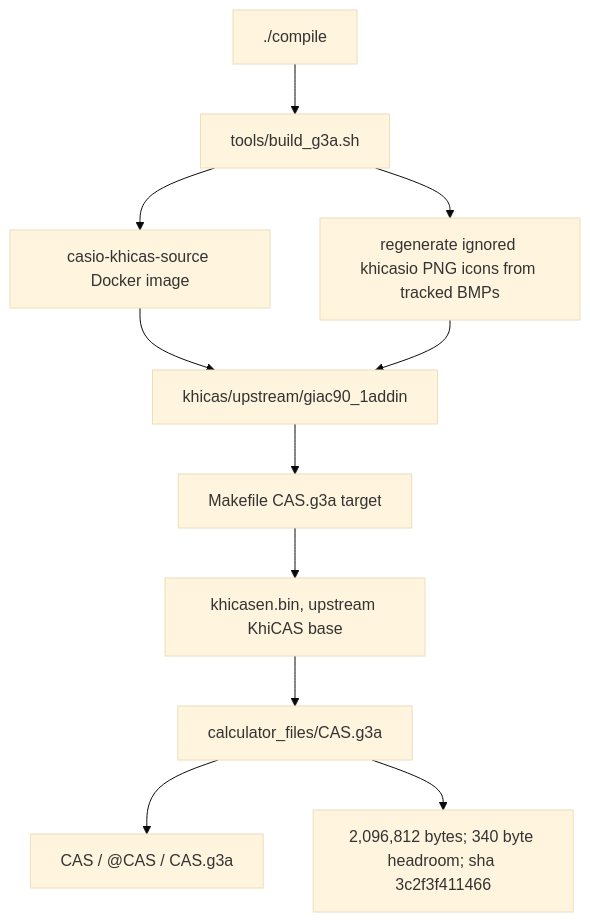
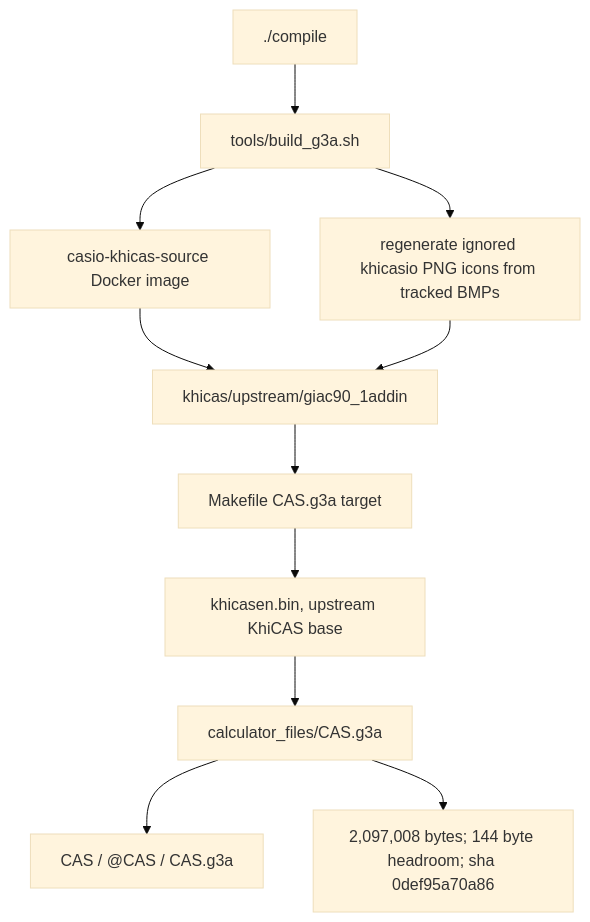
Before and after one commit to james8464/notes-addin-casio-fx-cg50: the first of 6 diagrams in docs/GRAPH.md, drawn with Mermaid (base theme). The commit also changed other lines of this file and 4 other files, not shown here.

````diff
--- a/docs/GRAPH.md
+++ b/docs/GRAPH.md
@@ -7,13 +7,13 @@
 ```mermaid
 graph TD
   Compile["./compile"] --> Build["tools/build_g3a.sh"]
   Build --> Docker["casio-khicas-source Docker image"]
   Docker --> Src["khicas/upstream/giac90_1addin"]
   Build --> Icons["regenerate ignored khicasio PNG icons from tracked BMPs"]
   Icons --> Src
   Src --> Make["Makefile CAS.g3a target"]
   Make --> Bin["khicasen.bin, upstream KhiCAS base"]
   Bin --> G3A["calculator_files/CAS.g3a"]
   G3A --> Meta["CAS / @CAS / CAS.g3a"]
-  G3A --> Size["2,096,812 bytes; 340 byte headroom; sha 3c2f3f411466"]
+  G3A --> Size["2,097,008 bytes; 144 byte headroom; sha 0def95a70a86"]
 ```
````
